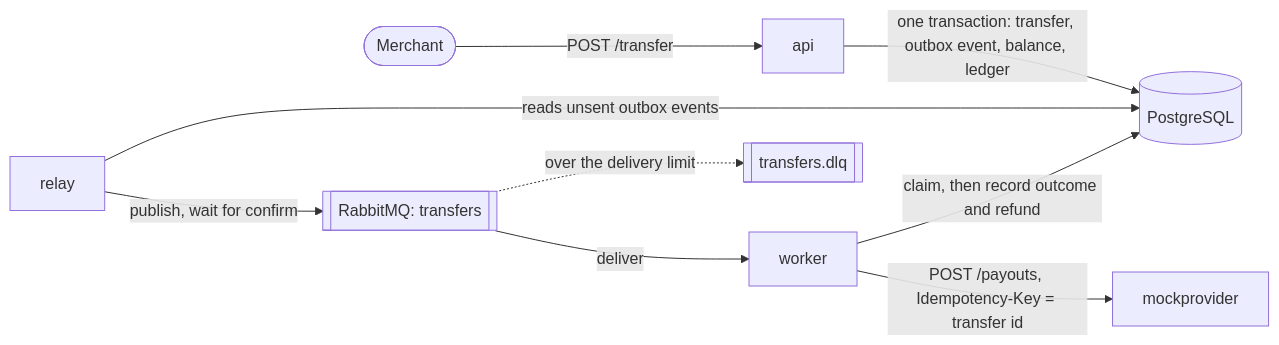
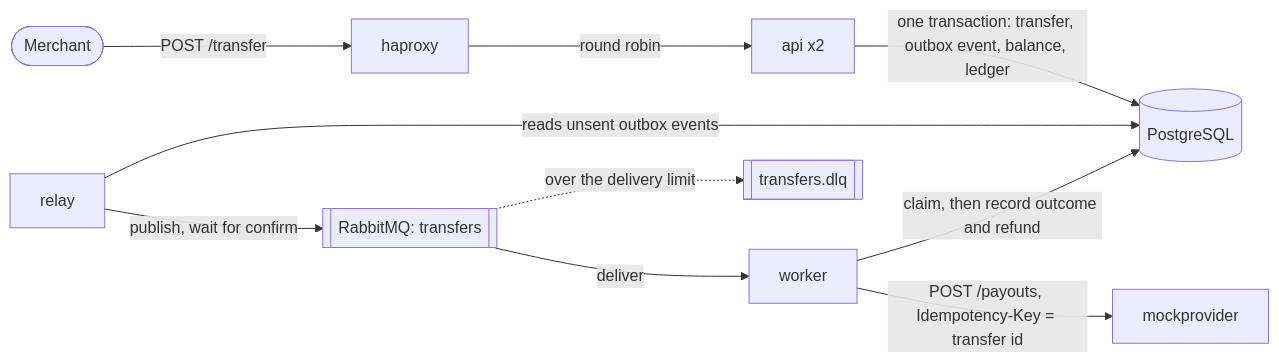
Before and after one commit to ryansurya1993/moneytransfer: the diagram in README.md, drawn with Mermaid. The commit also changed other lines of this file and 5 other files, not shown here.

Commit message:
feat(compose): run two api replicas behind HAProxy (note : originally planned using nginx, changed because free open-source nginx does not include native active health checks for upstream servers)

````diff
--- a/README.md
+++ b/README.md
@@ -332,11 +336,12 @@
 ```mermaid
 flowchart LR
-    merchant([Merchant]) -->|POST /transfer| api
+    merchant([Merchant]) -->|POST /transfer| haproxy
+    haproxy -->|round robin| api["api x2"]
     api -->|"one transaction: transfer, outbox event, balance, ledger"| pg[(PostgreSQL)]
     relay -->|reads unsent outbox events| pg
     relay -->|publish, wait for confirm| mq[[RabbitMQ: transfers]]
     mq -->|deliver| worker
     mq -.->|over the delivery limit| dlq[[transfers.dlq]]
     worker -->|"POST /payouts, Idempotency-Key = transfer id"| provider[mockprovider]
     worker -->|"claim, then record outcome and refund"| pg
 ```
````
